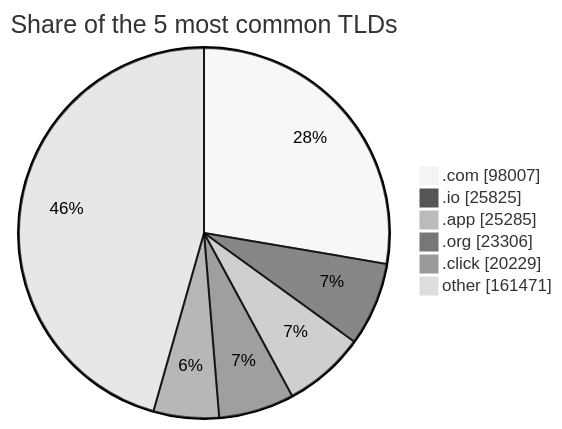
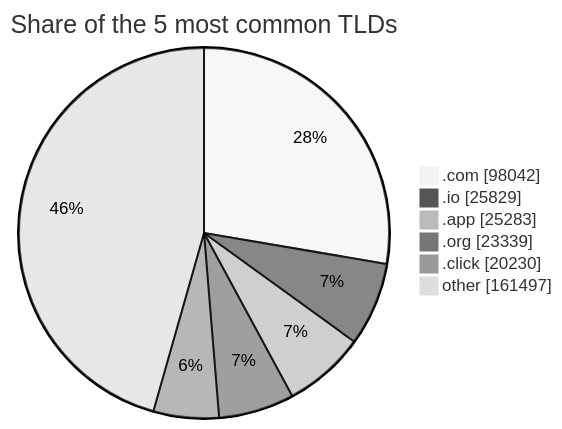
Before and after one commit to DNSBunker/CTI: the third of 3 diagrams in README.md, drawn with Mermaid (neutral theme). The commit also changed other lines of this file and 3 other files, not shown here.

````diff
--- a/README.md
+++ b/README.md
@@ -81,9 +81,9 @@
 ```mermaid
 pie showData title Share of the 5 most common TLDs
-    ".com" : 98007
-    ".io" : 25825
-    ".app" : 25285
-    ".org" : 23306
-    ".click" : 20229
-    "other" : 161471
+    ".com" : 98042
+    ".io" : 25829
+    ".app" : 25283
+    ".org" : 23339
+    ".click" : 20230
+    "other" : 161497
 ```
````
